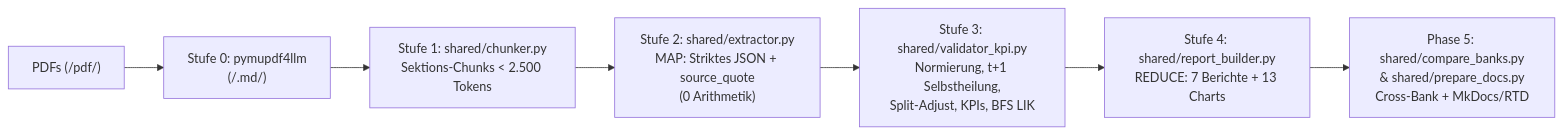
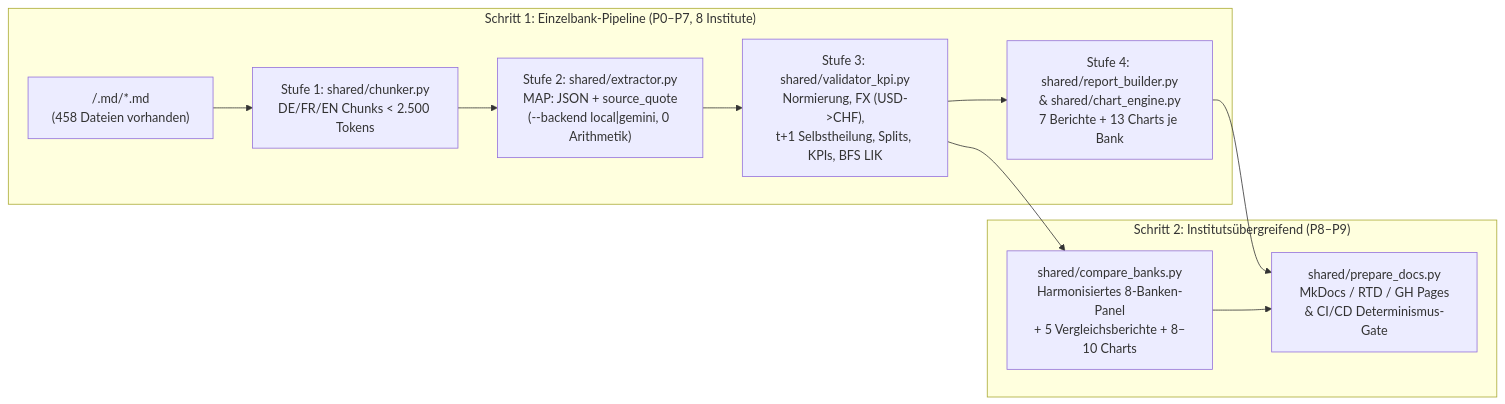
Before and after one commit to chatelao/xkb-geschaeftsbereichte-analysen: the diagram in PLAN.md, drawn with Mermaid. The commit also changed other lines of this file and 1 other file, not shown here.

Commit message:
Update Gemini Hydrogen master plan for all 8 institutes and cross-bank analysis

````diff
--- a/PLAN.md
+++ b/PLAN.md
@@ -121,9 +44,14 @@
 ```mermaid
 flowchart LR
-    A["PDFs (<bank>/pdf/)"] --> B["Stufe 0: pymupdf4llm\n(<bank>/.md/)"]
-    B --> C["Stufe 1: shared/chunker.py\nSektions-Chunks < 2.500 Tokens"]
-    C --> D["Stufe 2: shared/extractor.py\nMAP: Striktes JSON + source_quote\n(0 Arithmetik)"]
-    D --> E["Stufe 3: shared/validator_kpi.py\nNormierung, t+1 Selbstheilung,\nSplit-Adjust, KPIs, BFS LIK"]
-    E --> F["Stufe 4: shared/report_builder.py\nREDUCE: 7 Berichte + 13 Charts"]
-    F --> G["Phase 5: shared/compare_banks.py\n& shared/prepare_docs.py\nCross-Bank + MkDocs/RTD"]
+    subgraph S1["Schritt 1: Einzelbank-Pipeline (P0–P7, 8 Institute)"]
+        A["<bank>/.md/*.md\n(458 Dateien vorhanden)"] --> B["Stufe 1: shared/chunker.py\nDE/FR/EN Chunks < 2.500 Tokens"]
+        B --> C["Stufe 2: shared/extractor.py\nMAP: JSON + source_quote\n(--backend local|gemini, 0 Arithmetik)"]
+        C --> D["Stufe 3: shared/validator_kpi.py\nNormierung, FX (USD->CHF),\nt+1 Selbstheilung, Splits, KPIs, BFS LIK"]
+        D --> E["Stufe 4: shared/report_builder.py\n& shared/chart_engine.py\n7 Berichte + 13 Charts je Bank"]
+    end
+    subgraph S2["Schritt 2: Institutsübergreifend (P8–P9)"]
+        D --> F["shared/compare_banks.py\nHarmonisiertes 8-Banken-Panel\n+ 5 Vergleichsberichte + 8–10 Charts"]
+        E --> G["shared/prepare_docs.py\nMkDocs / RTD / GH Pages\n& CI/CD Determinismus-Gate"]
+        F --> G
+    end
 ```
````
